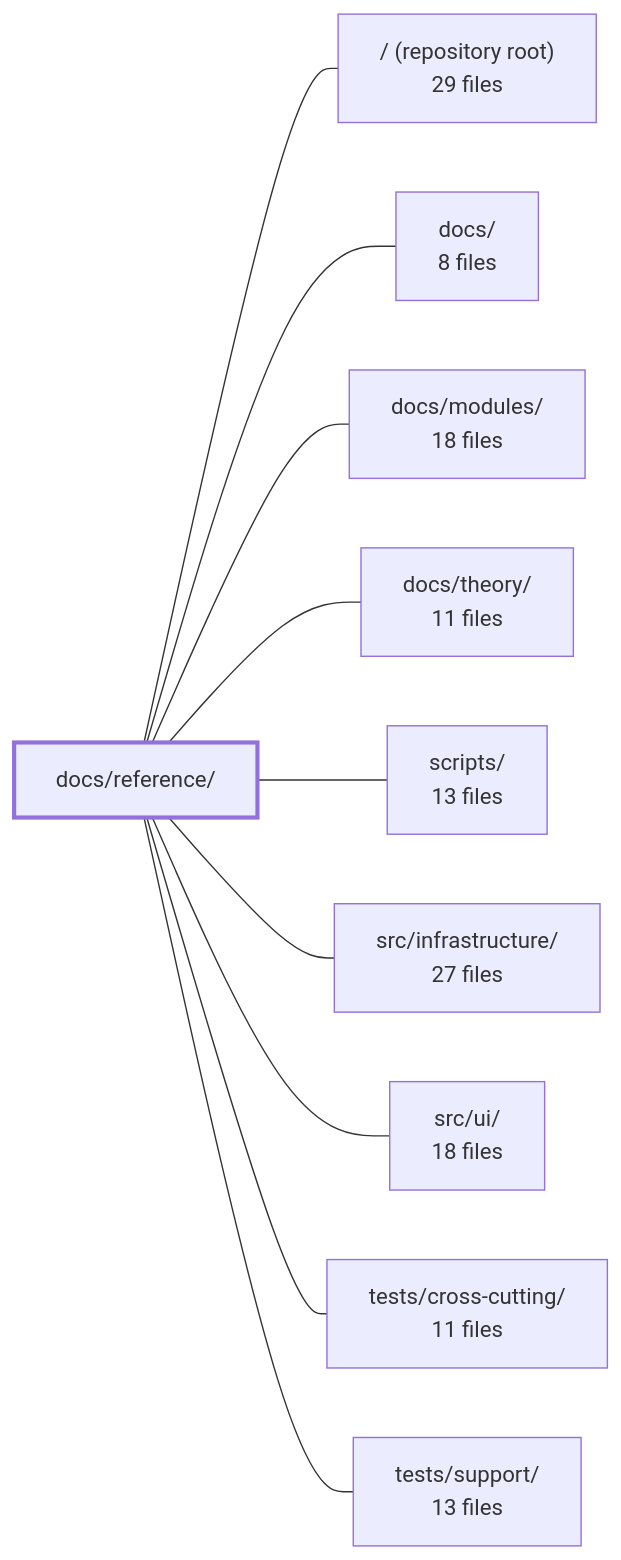
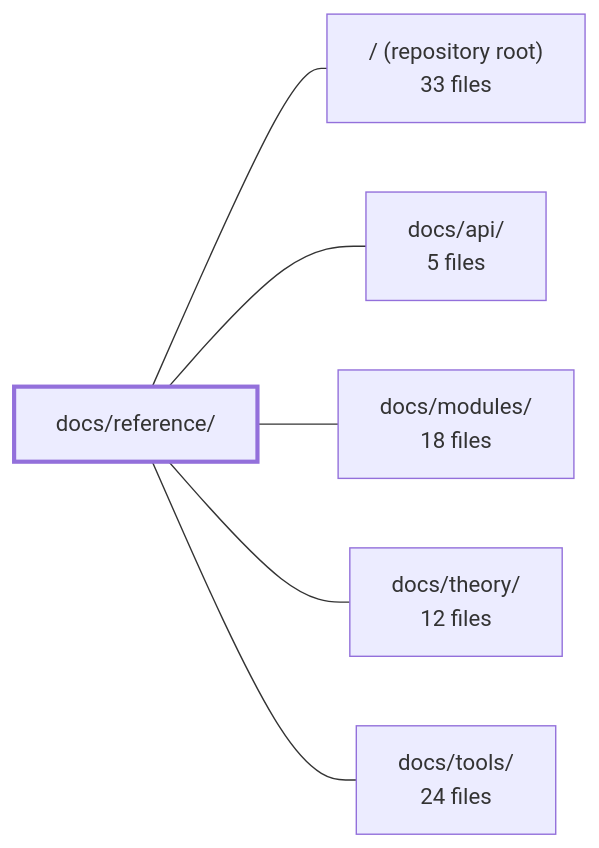
One commit to Guebbit/boilerplate-vue-frontend changed the diagram in .2repo/modules/boilerplate-vue-frontend_docs_reference.md. Above: the diagram before and after it, drawn with Mermaid. The commit also changed other lines of this file and 335 other files, not shown here.

````diff
--- a/.2repo/modules/boilerplate-vue-frontend_docs_reference.md
+++ b/.2repo/modules/boilerplate-vue-frontend_docs_reference.md
@@ -54,23 +38,15 @@
 ```mermaid
 flowchart LR
     m_docs_reference["docs/reference/"]
-    m_root["/ (repository root)<br/>29 files"]
-    m_docs["docs/<br/>8 files"]
+    m_root["/ (repository root)<br/>33 files"]
+    m_docs_api["docs/api/<br/>5 files"]
     m_docs_modules["docs/modules/<br/>18 files"]
-    m_docs_theory["docs/theory/<br/>11 files"]
-    m_scripts["scripts/<br/>13 files"]
-    m_src_infrastructure["src/infrastructure/<br/>27 files"]
-    m_src_ui["src/ui/<br/>18 files"]
-    m_tests_cross_cutting["tests/cross-cutting/<br/>11 files"]
-    m_tests_support["tests/support/<br/>13 files"]
+    m_docs_theory["docs/theory/<br/>12 files"]
+    m_docs_tools["docs/tools/<br/>24 files"]
     m_docs_reference --- m_root
-    m_docs_reference --- m_docs
+    m_docs_reference --- m_docs_api
     m_docs_reference --- m_docs_modules
     m_docs_reference --- m_docs_theory
-    m_docs_reference --- m_scripts
-    m_docs_reference --- m_src_infrastructure
-    m_docs_reference --- m_src_ui
-    m_docs_reference --- m_tests_cross_cutting
-    m_docs_reference --- m_tests_support
+    m_docs_reference --- m_docs_tools
     style m_docs_reference stroke-width:3px
 ```
````
